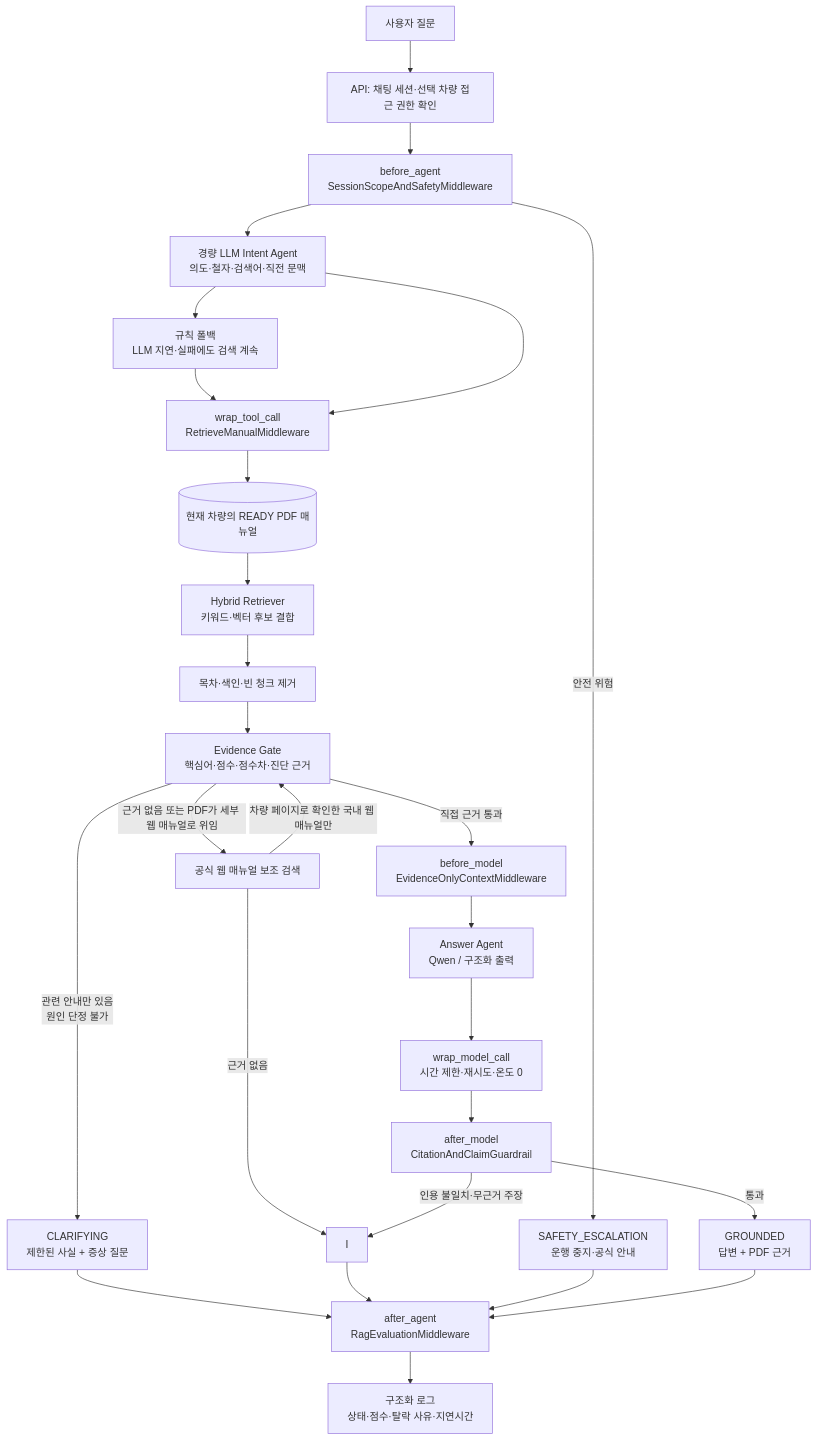
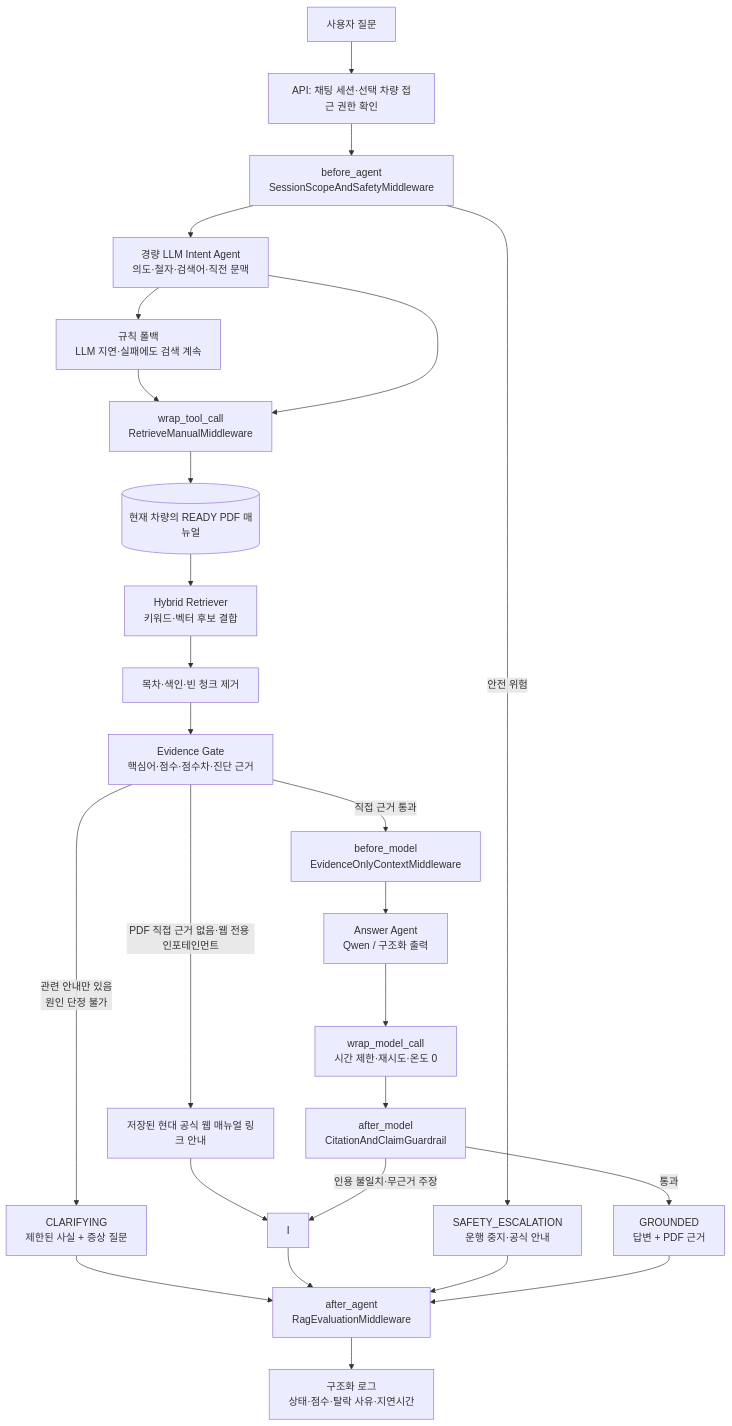
One commit to Chaehyunli/CarMe changed the diagram in docs/LangChain_RAG_가드레일_파이프라인_설계.md. Above: the diagram before and after it, drawn with Mermaid. The commit also changed other lines of this file and 23 other files, not shown here.

````diff
--- a/docs/LangChain_RAG_가드레일_파이프라인_설계.md
+++ b/docs/LangChain_RAG_가드레일_파이프라인_설계.md
@@ -30,33 +30,32 @@
 ```mermaid
 flowchart TD
     U[사용자 질문] --> A[API: 채팅 세션·선택 차량 접근 권한 확인]
     A --> B[before_agent\nSessionScopeAndSafetyMiddleware]
     B -->|안전 위험| S[SAFETY_ESCALATION\n운행 중지·공식 안내]
     B --> Q[경량 LLM Intent Agent\n의도·철자·검색어·직전 문맥]
     Q --> F[규칙 폴백\nLLM 지연·실패에도 검색 계속]
     F --> T
 
     Q --> T[wrap_tool_call\nRetrieveManualMiddleware]
     T --> M[(현재 차량의 READY PDF 매뉴얼)]
     M --> R[Hybrid Retriever\n키워드·벡터 후보 결합]
     R --> N[목차·색인·빈 청크 제거]
     N --> E[Evidence Gate\n핵심어·점수·점수차·진단 근거]
 
-    E -->|근거 없음 또는 PDF가 세부 웹 매뉴얼로 위임| W[공식 웹 매뉴얼 보조 검색]
-    W -->|차량 페이지로 확인한 국내 웹 매뉴얼만| E
-    W -->|근거 없음| I
+    E -->|PDF 직접 근거 없음·웹 전용 인포테인먼트| W[저장된 현대 공식 웹 매뉴얼 링크 안내]
+    W --> I
     E -->|관련 안내만 있음\n원인 단정 불가| C[CLARIFYING\n제한된 사실 + 증상 질문]
     E -->|직접 근거 통과| BM[before_model\nEvidenceOnlyContextMiddleware]
 
     BM --> AA[Answer Agent\nQwen / 구조화 출력]
     AA --> WM[wrap_model_call\n시간 제한·재시도·온도 0]
     WM --> AM[after_model\nCitationAndClaimGuardrail]
     AM -->|인용 불일치·무근거 주장| I
     AM -->|통과| G[GROUNDED\n답변 + PDF 근거]
 
     C --> Z[after_agent\nRagEvaluationMiddleware]
     I --> Z
     S --> Z
     G --> Z
     Z --> L[구조화 로그\n상태·점수·탈락 사유·지연시간]
 ```
````
